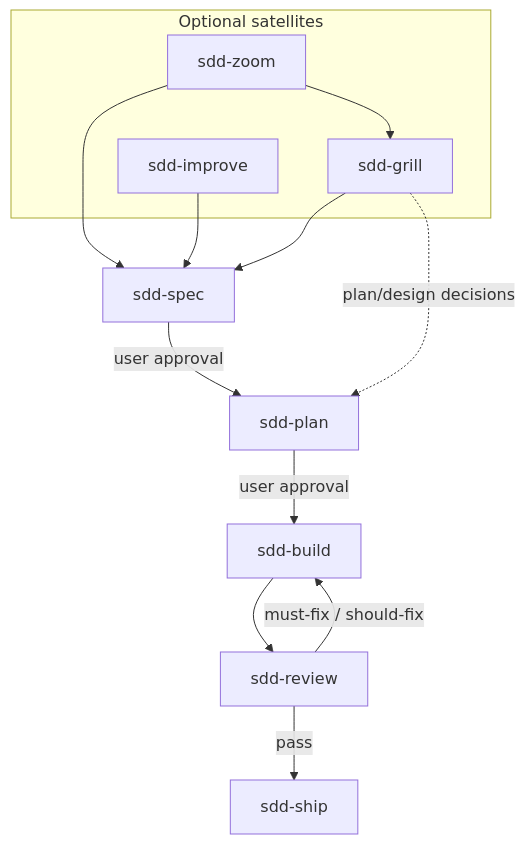
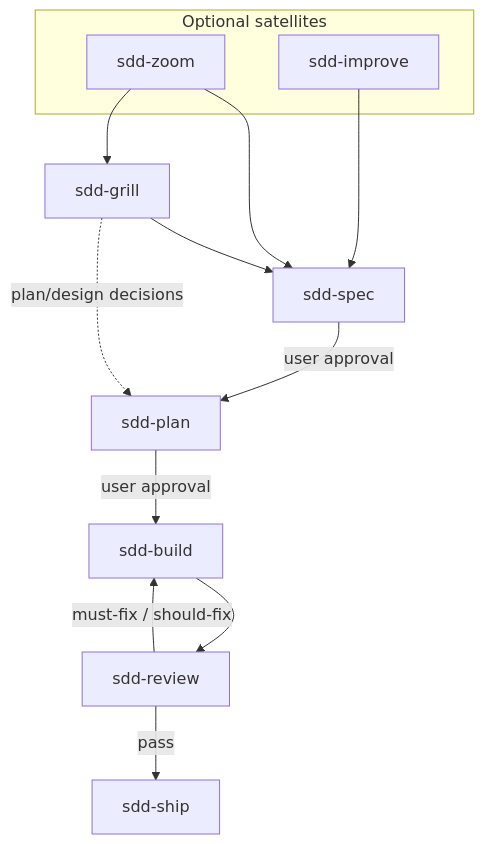
The diagram in README.md (zhijunio/sdd-skills), drawn with Mermaid before and after one commit. The commit also changed other lines of this file and 1 other file, not shown here.

````diff
--- a/README.md
+++ b/README.md
@@ -35,20 +34,20 @@
 ```mermaid
 flowchart TD
+  G[sdd-grill]
   subgraph satellites["Optional satellites"]
     Z[sdd-zoom]
-    G[sdd-grill]
     I[sdd-improve]
   end
 
   S[sdd-spec] -->|user approval| P[sdd-plan]
   P -->|user approval| B[sdd-build]
   B --> R[sdd-review]
   R -->|must-fix / should-fix| B
   R -->|pass| SH[sdd-ship]
 
+  G --> S
+  G -.->|plan/design decisions| P
   Z --> S
   Z --> G
   I --> S
-  G --> S
-  G -.->|plan/design decisions| P
 ```
````
